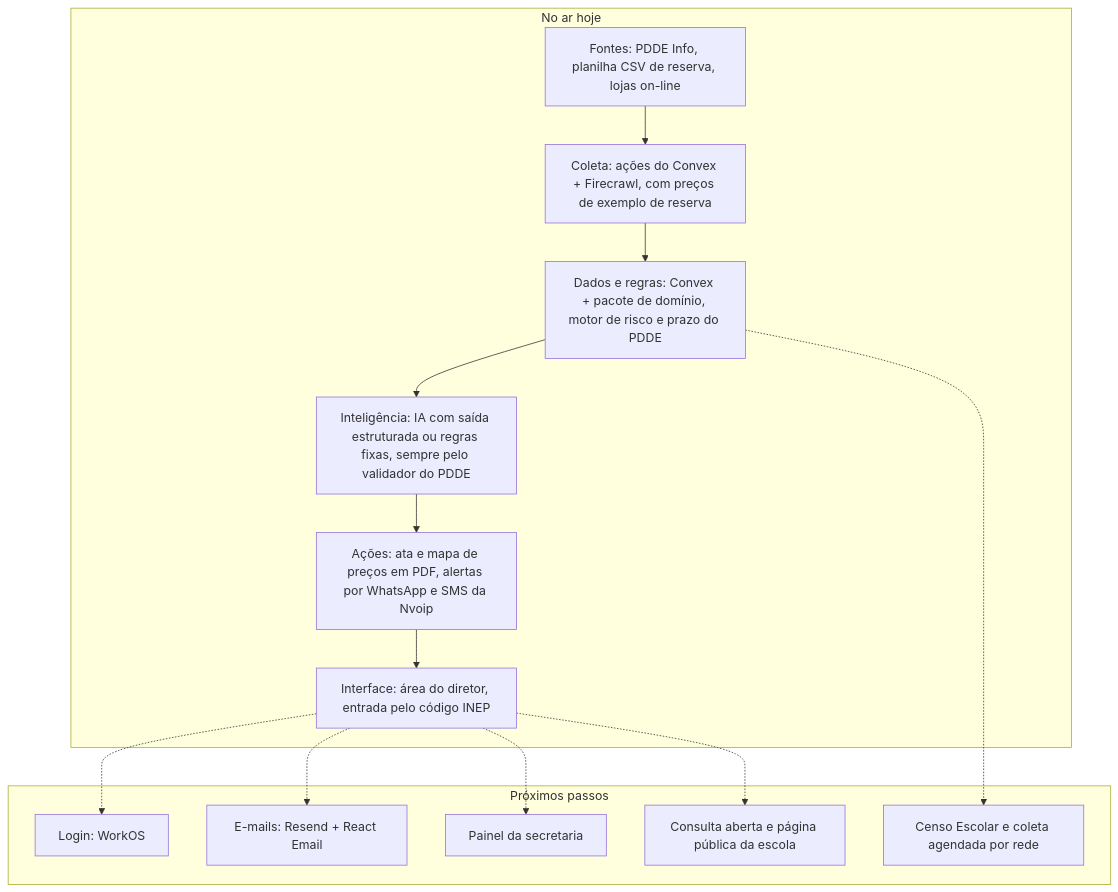
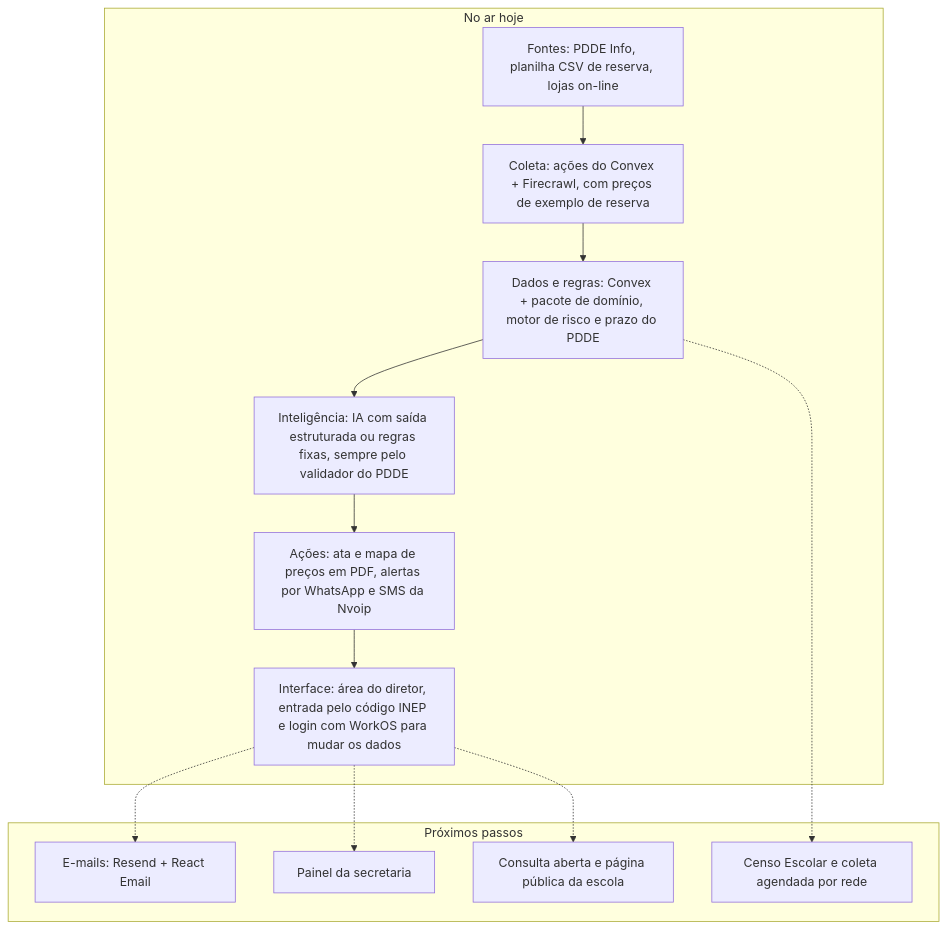
Before and after one commit to JoaoBreganon/Hack-Brasil: the diagram in README.md, drawn with Mermaid. The commit also changed other lines of this file and 56 other files, not shown here.

First line of the commit message:
Feat: Login com WorkOS, controle de acesso por escola e proteção da demonstração (M4)

````diff
--- a/README.md
+++ b/README.md
@@ -61,22 +61,20 @@
 ```mermaid
 flowchart TD
     subgraph hoje [No ar hoje]
         A[Fontes: PDDE Info, planilha CSV de reserva, lojas on-line] --> B[Coleta: ações do Convex + Firecrawl, com preços de exemplo de reserva]
         B --> C[Dados e regras: Convex + pacote de domínio, motor de risco e prazo do PDDE]
         C --> D[Inteligência: IA com saída estruturada ou regras fixas, sempre pelo validador do PDDE]
         D --> E[Ações: ata e mapa de preços em PDF, alertas por WhatsApp e SMS da Nvoip]
-        E --> F[Interface: área do diretor, entrada pelo código INEP]
+        E --> F[Interface: área do diretor, entrada pelo código INEP e login com WorkOS para mudar os dados]
     end
     subgraph depois [Próximos passos]
-        G[Login: WorkOS]
         H[E-mails: Resend + React Email]
         I[Painel da secretaria]
         J[Consulta aberta e página pública da escola]
         K[Censo Escolar e coleta agendada por rede]
     end
-    F -.-> G
     F -.-> H
     F -.-> I
     F -.-> J
     C -.-> K
 ```
````
